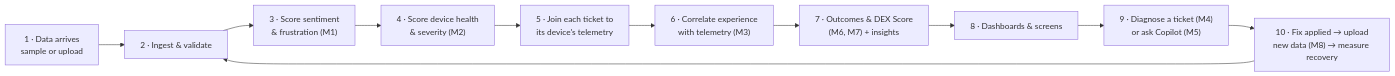
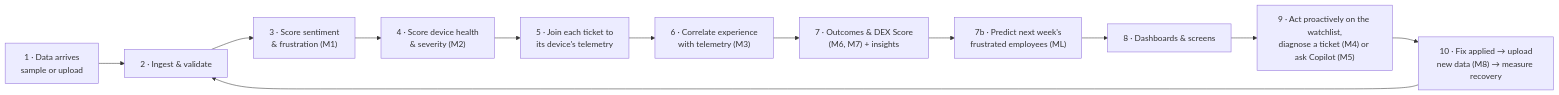
The third of 7 diagrams in documentation.md (VijayVishwanath/SentimentCorrelation), drawn with Mermaid before and after one commit. The commit also changed other lines of this file and 2 other files, not shown here.

````diff
--- a/documentation.md
+++ b/documentation.md
@@ -345,13 +369,14 @@
 ```mermaid
 flowchart LR
     A["1 · Data arrives<br/>sample or upload"] --> B["2 · Ingest & validate"]
     B --> C["3 · Score sentiment<br/>& frustration (M1)"]
     C --> D["4 · Score device health<br/>& severity (M2)"]
     D --> E["5 · Join each ticket to<br/>its device's telemetry"]
     E --> F["6 · Correlate experience<br/>with telemetry (M3)"]
     F --> G["7 · Outcomes & DEX Score<br/>(M6, M7) + insights"]
-    G --> H["8 · Dashboards & screens"]
-    H --> I["9 · Diagnose a ticket (M4)<br/>or ask Copilot (M5)"]
+    G --> P["7b · Predict next week's<br/>frustrated employees (ML)"]
+    P --> H["8 · Dashboards & screens"]
+    H --> I["9 · Act proactively on the watchlist,<br/>diagnose a ticket (M4) or ask Copilot (M5)"]
     I --> J["10 · Fix applied → upload<br/>new data (M8) → measure recovery"]
     J --> B
 ```
````
